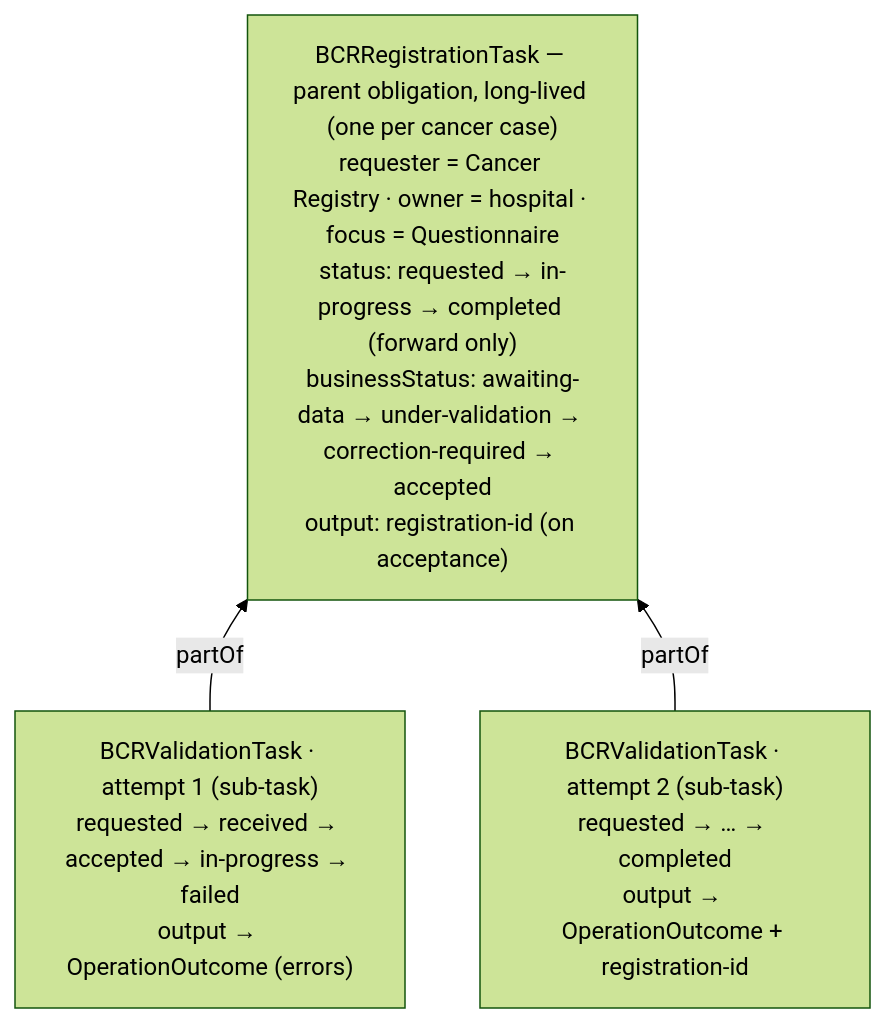
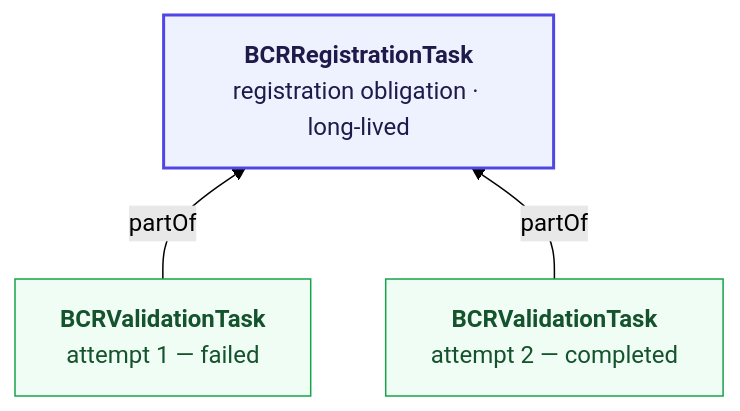
One commit to axelv/bcr changed the first of 2 diagrams in input/pagecontent/async-validation.md. Above: the diagram before and after it, drawn with Mermaid (forest theme). The commit also changed other lines of this file, not shown here.

Commit message:
Polish async-validation diagrams and add hyperlinks
- Flowchart: slim two-line nodes, color-coded (parent vs attempt); the
  status/output detail moves to the prose and the mapping table. Each
  node is clickable (click directive) → its profile/example page.
- Sequence diagram: participant popup-menus (links JSON form) to the
  worked-example resources (QuestionnaireResponse, validation Tasks,
  OperationOutcomes, Subscription), plus a discoverability caption.

Clickable links require securityLevel: loose, which the Tiro template now
sets (Tiro-health/ig-template-fhir#2).

````diff
--- a/input/pagecontent/async-validation.md
+++ b/input/pagecontent/async-validation.md
@@ -43,8 +43,17 @@
 ```mermaid
 flowchart BT
-    V1["BCRValidationTask · attempt 1 (sub-task)<br/>requested → received → accepted → in-progress → failed<br/>output → OperationOutcome (errors)"]
-    V2["BCRValidationTask · attempt 2 (sub-task)<br/>requested → … → completed<br/>output → OperationOutcome + registration-id"]
-    R["BCRRegistrationTask — parent obligation, long-lived (one per cancer case)<br/>requester = Cancer Registry · owner = hospital · focus = Questionnaire<br/>status: requested → in-progress → completed (forward only)<br/>businessStatus: awaiting-data → under-validation → correction-required → accepted<br/>output: registration-id (on acceptance)"]
+    R["<b>BCRRegistrationTask</b><br/>registration obligation · long-lived"]
+    V1["<b>BCRValidationTask</b><br/>attempt 1 — failed"]
+    V2["<b>BCRValidationTask</b><br/>attempt 2 — completed"]
     V1 -->|partOf| R
     V2 -->|partOf| R
+
+    click R "StructureDefinition-bcr-registration-task.html" "BCRRegistrationTask profile" _blank
+    click V1 "Task-ExampleBCRValidationTaskFailed.html" "Failed attempt (example)" _blank
+    click V2 "Task-ExampleBCRValidationTaskAccepted.html" "Accepted attempt (example)" _blank
+
+    classDef parent fill:#eef2ff,stroke:#4f46e5,stroke-width:2px,color:#1e1b4b;
+    classDef attempt fill:#f0fdf4,stroke:#16a34a,color:#14532d;
+    class R parent
+    class V1,V2 attempt
 ```
````
